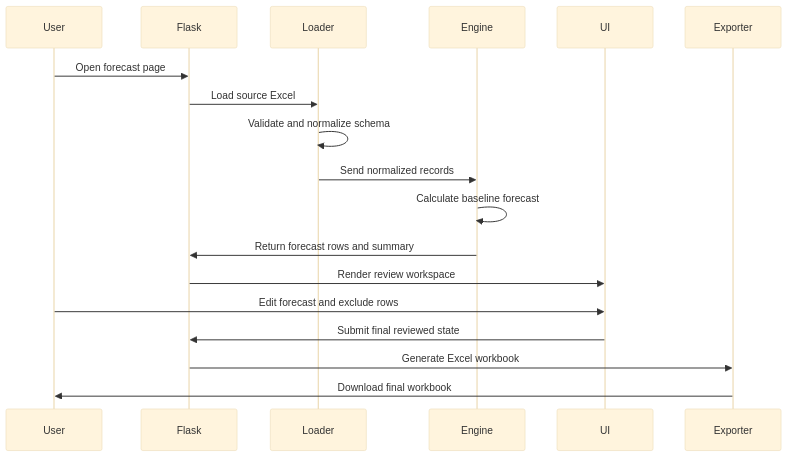
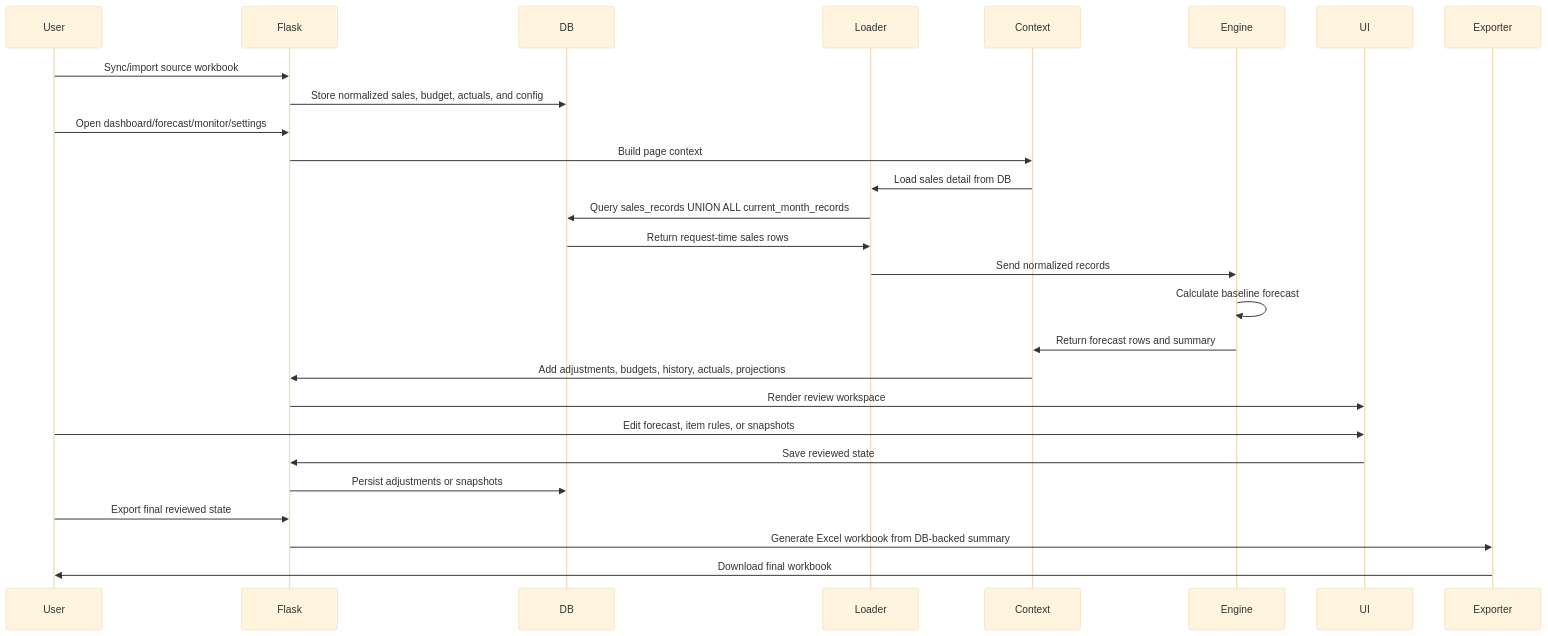
Before and after one commit to skydreamer0/MOR: the third of 3 diagrams in infrastructure/project_architecture_and_implementation_plan.md, drawn with Mermaid (base theme). The commit also changed other lines of this file and 2 other files, not shown here.

Commit message:
docs: align architecture docs with db-first workflow

````diff
--- a/infrastructure/project_architecture_and_implementation_plan.md
+++ b/infrastructure/project_architecture_and_implementation_plan.md
@@ -362,21 +385,30 @@
 ```mermaid
 sequenceDiagram
     participant User
     participant Flask
+    participant DB
     participant Loader
+    participant Context
     participant Engine
     participant UI
     participant Exporter
 
-    User->>Flask: Open forecast page
-    Flask->>Loader: Load source Excel
-    Loader->>Loader: Validate and normalize schema
+    User->>Flask: Sync/import source workbook
+    Flask->>DB: Store normalized sales, budget, actuals, and config
+    User->>Flask: Open dashboard/forecast/monitor/settings
+    Flask->>Context: Build page context
+    Context->>Loader: Load sales detail from DB
+    Loader->>DB: Query sales_records UNION ALL current_month_records
+    DB->>Loader: Return request-time sales rows
     Loader->>Engine: Send normalized records
     Engine->>Engine: Calculate baseline forecast
-    Engine->>Flask: Return forecast rows and summary
+    Engine->>Context: Return forecast rows and summary
+    Context->>Flask: Add adjustments, budgets, history, actuals, projections
     Flask->>UI: Render review workspace
-    User->>UI: Edit forecast and exclude rows
-    UI->>Flask: Submit final reviewed state
-    Flask->>Exporter: Generate Excel workbook
+    User->>UI: Edit forecast, item rules, or snapshots
+    UI->>Flask: Save reviewed state
+    Flask->>DB: Persist adjustments or snapshots
+    User->>Flask: Export final reviewed state
+    Flask->>Exporter: Generate Excel workbook from DB-backed summary
     Exporter->>User: Download final workbook
 ```
````
